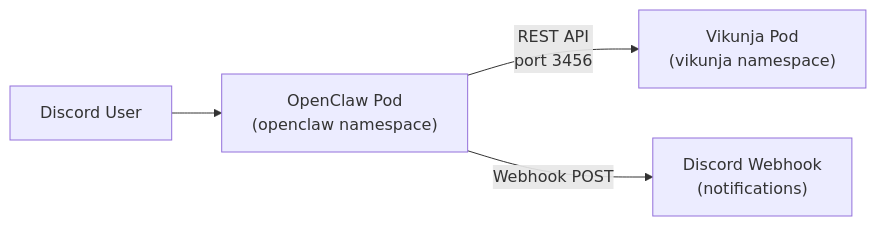
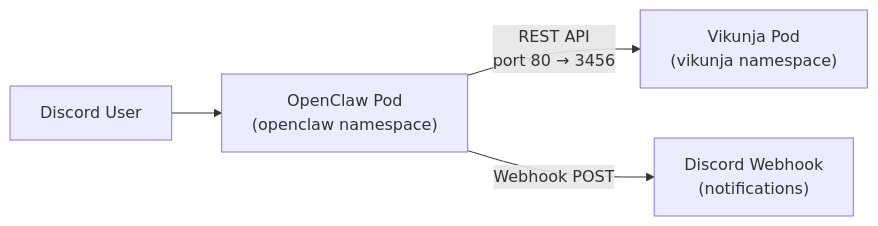
Before and after one commit to holdennguyen/homelab: the diagram in k8s/apps/vikunja/README.md, drawn with Mermaid. The commit also changed 4 other files, not shown here.

````diff
--- a/k8s/apps/vikunja/README.md
+++ b/k8s/apps/vikunja/README.md
@@ -262,6 +262,6 @@
 ```mermaid
 flowchart LR
     Discord["Discord User"] --> OC["OpenClaw Pod\n(openclaw namespace)"]
-    OC -- "REST API\nport 3456" --> Vik["Vikunja Pod\n(vikunja namespace)"]
+    OC -- "REST API\nport 80 → 3456" --> Vik["Vikunja Pod\n(vikunja namespace)"]
     OC -- "Webhook POST" --> DW["Discord Webhook\n(notifications)"]
 ```
````
